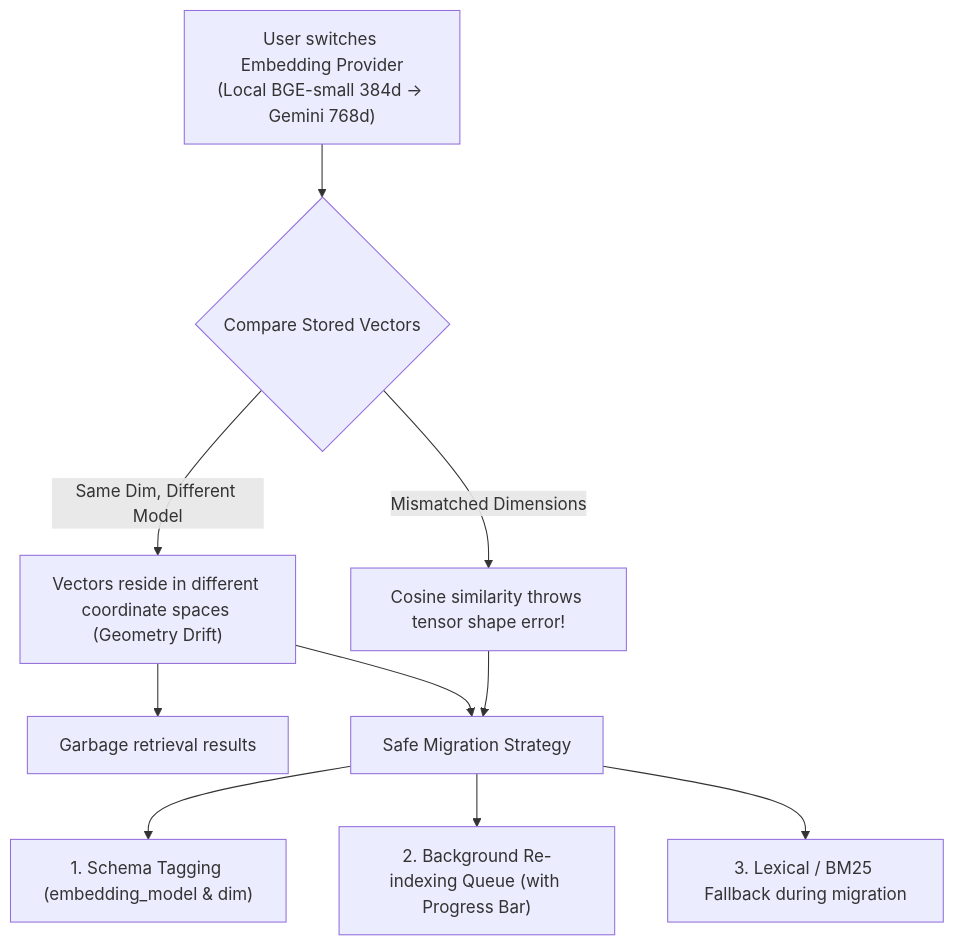
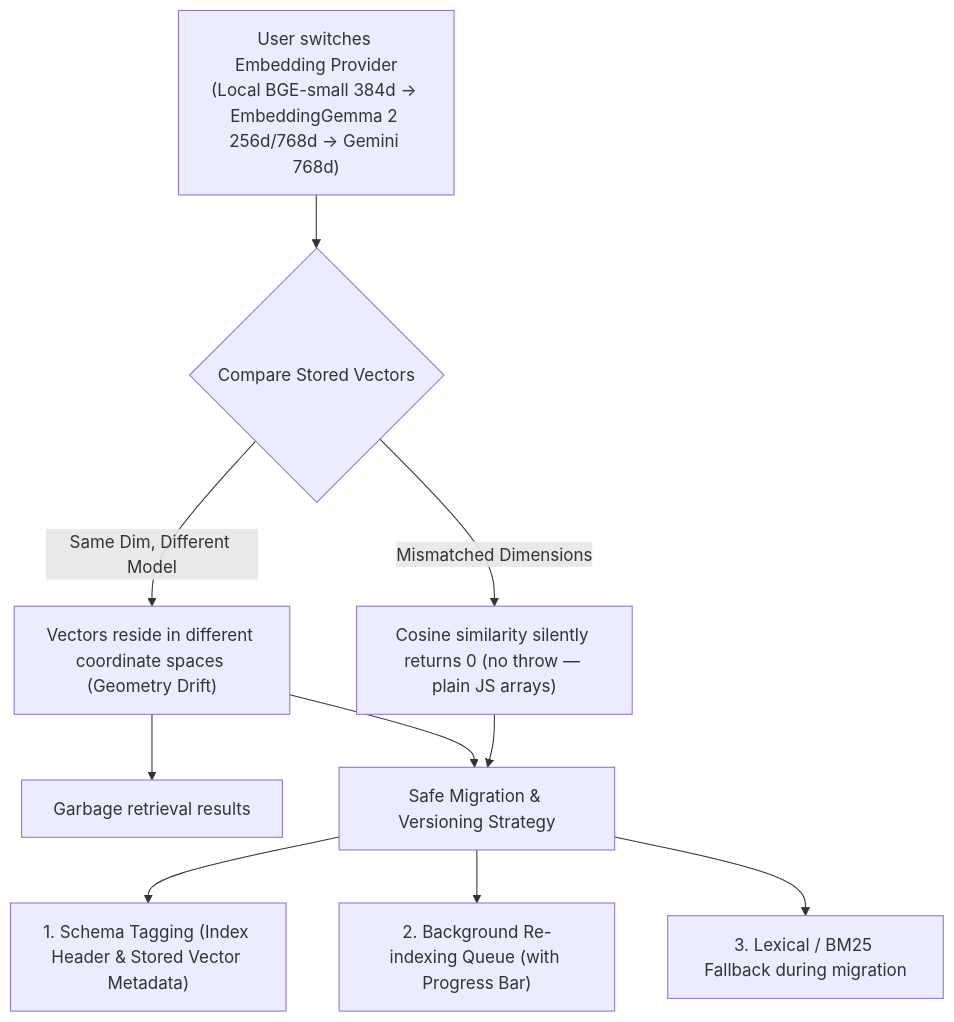
Before and after one commit to 7n1m4/7n1m4: the diagram in docs/design-embedding-provider-support.md, drawn with Mermaid. The commit also changed other lines of this file and 8 other files, not shown here.

First line of the commit message:
feat(search): migrate local embedder to EmbeddingGemma 2 q4 with title-aware prefixes

````diff
--- a/docs/design-embedding-provider-support.md
+++ b/docs/design-embedding-provider-support.md
@@ -53,12 +53,12 @@
 ```mermaid
 flowchart TD
-    A["User switches Embedding Provider\n(Local BGE-small 384d → Gemini 768d)"] --> B{"Compare Stored Vectors"}
-    B -- "Mismatched Dimensions" --> C["Cosine similarity throws tensor shape error!"]
+    A["User switches Embedding Provider\n(Local BGE-small 384d → EmbeddingGemma 2 256d/768d → Gemini 768d)"] --> B{"Compare Stored Vectors"}
+    B -- "Mismatched Dimensions" --> C["Cosine similarity silently returns 0 (no throw — plain JS arrays)"]
     B -- "Same Dim, Different Model" --> D["Vectors reside in different coordinate spaces (Geometry Drift)"]
     D --> E["Garbage retrieval results"]
-    C --> F["Safe Migration Strategy"]
+    C --> F["Safe Migration & Versioning Strategy"]
     D --> F
-    F --> G["1. Schema Tagging (embedding_model & dim)"]
+    F --> G["1. Schema Tagging (Index Header & Stored Vector Metadata)"]
     F --> H["2. Background Re-indexing Queue (with Progress Bar)"]
     F --> I["3. Lexical / BM25 Fallback during migration"]
 ```
````
